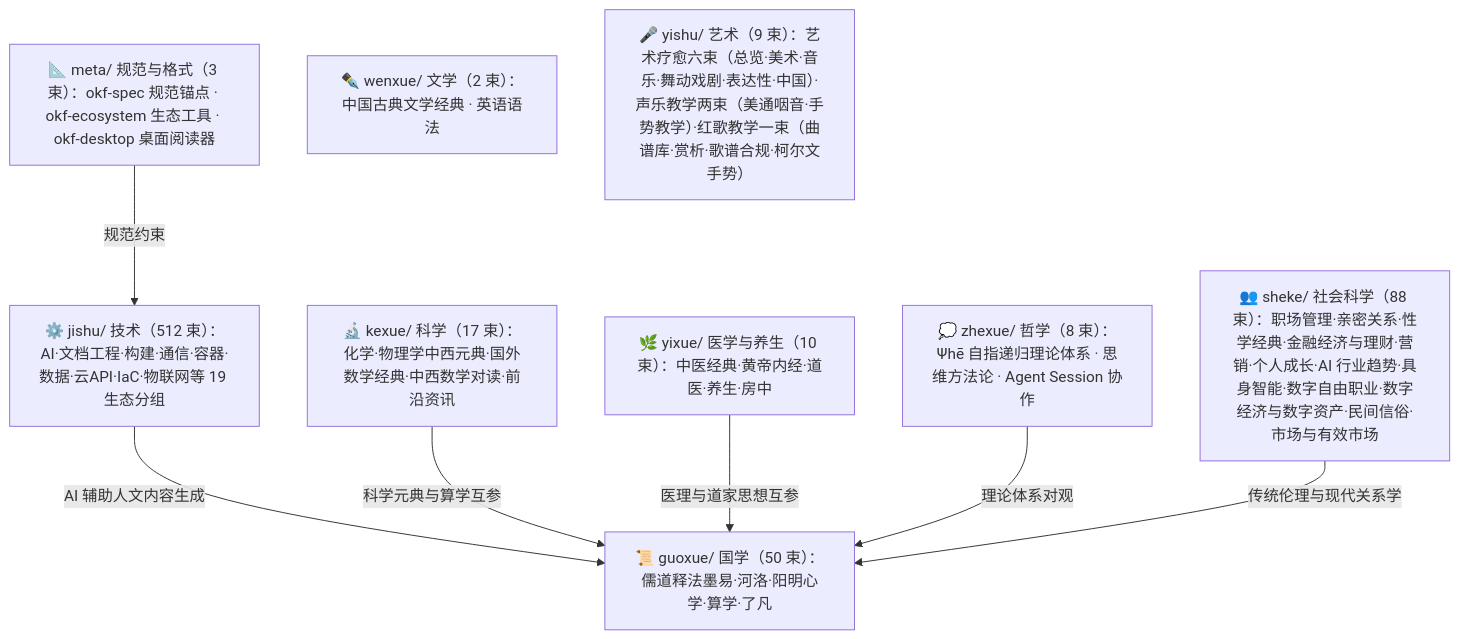
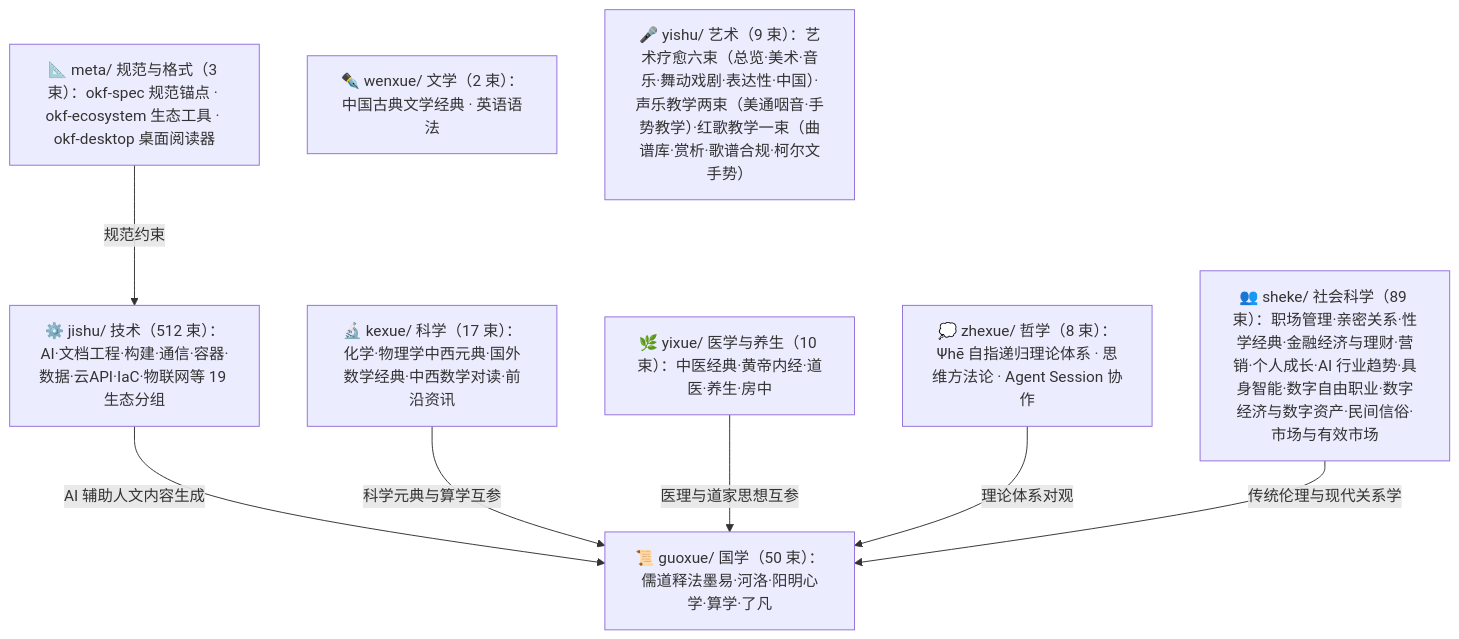
One commit to awesome-flexloop/awesome-okf changed the diagram in doc/bundles/index.md. Above: the diagram before and after it, drawn with Mermaid. The commit also changed other lines of this file and 19 other files, not shown here.

````diff
--- a/doc/bundles/index.md
+++ b/doc/bundles/index.md
@@ -21,18 +21,18 @@
 ```mermaid
 flowchart TD
     meta["📐 meta/ 规范与格式（3 束）：okf-spec 规范锚点 · okf-ecosystem 生态工具 · okf-desktop 桌面阅读器"]
     guoxue["📜 guoxue/ 国学（50 束）：儒道释法墨易·河洛·阳明心学·算学·了凡"]
     zhexue["💭 zhexue/ 哲学（8 束）：Ψhē 自指递归理论体系 · 思维方法论 · Agent Session 协作"]
     kexue["🔬 kexue/ 科学（17 束）：化学·物理学中西元典·国外数学经典·中西数学对读·前沿资讯"]
     wenxue["✒️ wenxue/ 文学（2 束）：中国古典文学经典 · 英语语法"]
     yixue["🌿 yixue/ 医学与养生（10 束）：中医经典·黄帝内经·道医·养生·房中"]
-    sheke["👥 sheke/ 社会科学（88 束）：职场管理·亲密关系·性学经典·金融经济与理财·营销·个人成长·AI 行业趋势·具身智能·数字自由职业·数字经济与数字资产·民间信俗·市场与有效市场"]
+    sheke["👥 sheke/ 社会科学（89 束）：职场管理·亲密关系·性学经典·金融经济与理财·营销·个人成长·AI 行业趋势·具身智能·数字自由职业·数字经济与数字资产·民间信俗·市场与有效市场"]
     yishu["🎤 yishu/ 艺术（9 束）：艺术疗愈六束（总览·美术·音乐·舞动戏剧·表达性·中国）·声乐教学两束（美通咽音·手势教学）·红歌教学一束（曲谱库·赏析·歌谱合规·柯尔文手势）"]
     jishu["⚙️ jishu/ 技术（512 束）：AI·文档工程·构建·通信·容器·数据·云API·IaC·物联网等 19 生态分组"]
     meta -->|"规范约束"| jishu
     jishu -->|"AI 辅助人文内容生成"| guoxue
     kexue -->|"科学元典与算学互参"| guoxue
     yixue -->|"医理与道家思想互参"| guoxue
     zhexue -->|"理论体系对观"| guoxue
     sheke -->|"传统伦理与现代关系学"| guoxue
 ```
````
